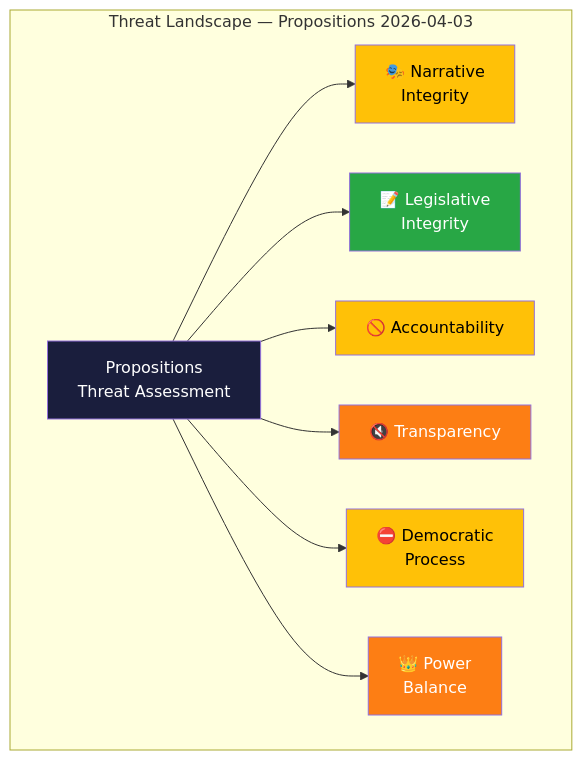
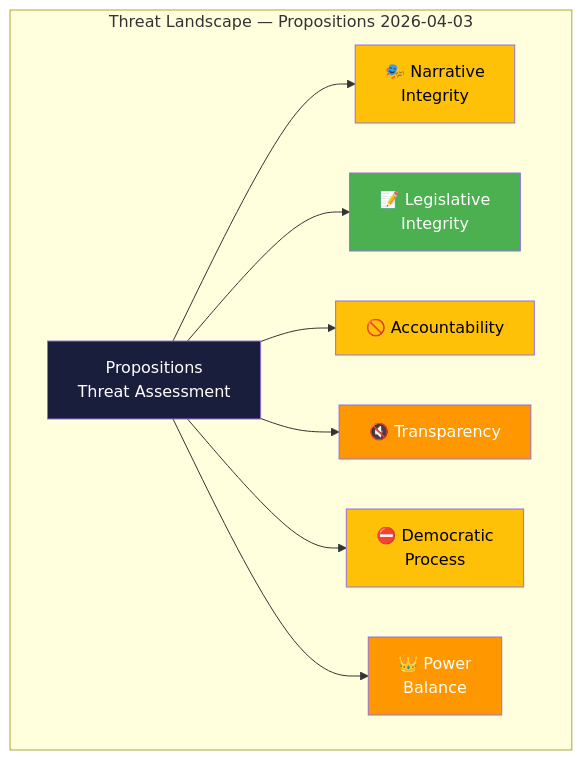
Before and after one commit to Hack23/riksdagsmonitor: the first of 2 diagrams in analysis/daily/2026-04-03/propositions/threat-analysis.md, drawn with Mermaid. The commit also changed other lines of this file and 785 other files, not shown here.

First line of the commit message:
Normalize mermaid colors across 786 analysis artifacts to ISMS Style Guide palette

````diff
--- a/analysis/daily/2026-04-03/propositions/threat-analysis.md
+++ b/analysis/daily/2026-04-03/propositions/threat-analysis.md
@@ -17,25 +17,25 @@
 ```mermaid
 graph TD
     subgraph "Threat Landscape — Propositions 2026-04-03"
         ROOT["Propositions<br/>Threat Assessment"]
         NI["🎭 Narrative<br/>Integrity"]
         LI["📝 Legislative<br/>Integrity"]
         AC["🚫 Accountability"]
         TR["🔇 Transparency"]
         DP["⛔ Democratic<br/>Process"]
         PB["👑 Power<br/>Balance"]
     end
     ROOT --> NI
     ROOT --> LI
     ROOT --> AC
     ROOT --> TR
     ROOT --> DP
     ROOT --> PB
-    style ROOT fill:#1a1e3d,color:#fff
-    style NI fill:#ffc107,color:#000
-    style LI fill:#28a745,color:#fff
-    style AC fill:#ffc107,color:#000
-    style TR fill:#fd7e14,color:#fff
-    style DP fill:#ffc107,color:#000
-    style PB fill:#fd7e14,color:#fff
+    style ROOT fill:#1a1e3d,color:#FFFFFF
+    style NI fill:#FFC107,color:#000000
+    style LI fill:#4CAF50,color:#FFFFFF
+    style AC fill:#FFC107,color:#000000
+    style TR fill:#FF9800,color:#FFFFFF
+    style DP fill:#FFC107,color:#000000
+    style PB fill:#FF9800,color:#FFFFFF
 ```
````
